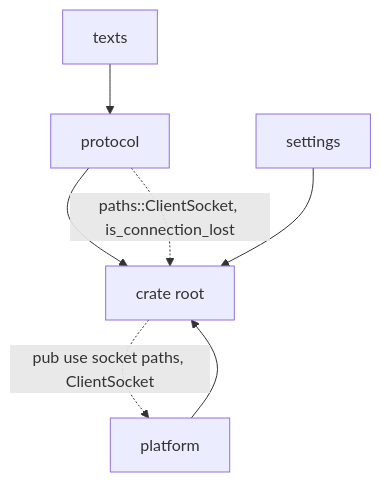
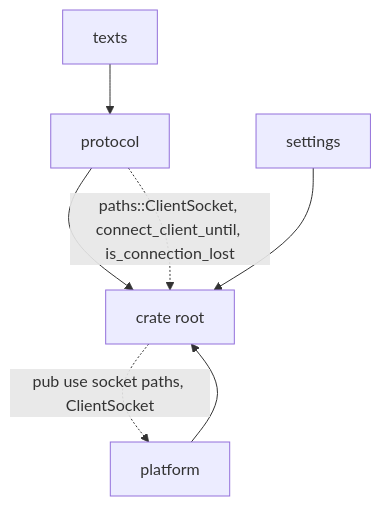
Before and after one commit to y5ez3g/facadecode: the diagram in docs/core/islands/base.md, drawn with Mermaid. The commit also changed other lines of this file and 50 other files, not shown here.

````diff
--- a/docs/core/islands/base.md
+++ b/docs/core/islands/base.md
@@ -210,9 +224,9 @@
 ```mermaid
 graph TD
   texts --> protocol
   protocol --> root[crate root]
   platform --> root
   settings --> root
   root -. "pub use socket paths, ClientSocket" .-> platform
-  protocol -. "paths::ClientSocket, is_connection_lost" .-> root
+  protocol -. "paths::ClientSocket, connect_client_until, is_connection_lost" .-> root
 ```
````
